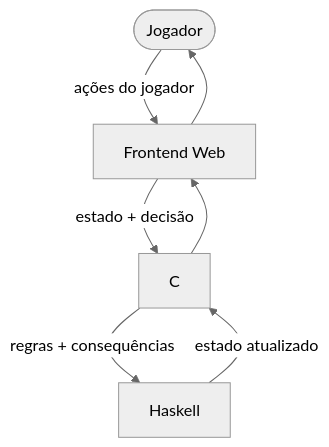
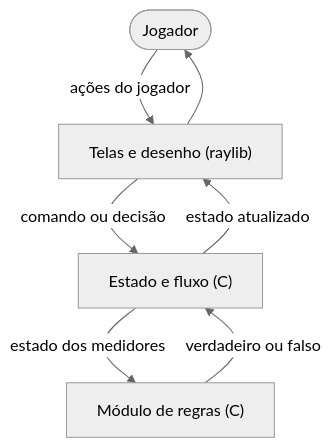
The fifth of 8 diagrams in Documentação/requisitos-modelagem-arquitetura.md (cms7-bot/else), drawn with Mermaid (neutral theme) before and after one commit. The commit also changed other lines of this file and 4 other files, not shown here.

Commit message:
docs: remove Haskell da documentação (arquitetura só em C + raylib)

````diff
--- a/Documentação/requisitos-modelagem-arquitetura.md
+++ b/Documentação/requisitos-modelagem-arquitetura.md
@@ -413,9 +401,9 @@
 ```mermaid
 flowchart TD
-Jogador1(["Jogador"]) -->|"ações do jogador"| FE1["Frontend Web"]
-FE1 -->|"estado + decisão"| C1["C"]
-C1 -->|"regras + consequências"| H1["Haskell"]
-H1 -->|"estado atualizado"| C1
-C1 --> FE1
-FE1 --> Jogador1
+Jogador1(["Jogador"]) -->|"ações do jogador"| R1["Telas e desenho (raylib)"]
+R1 -->|"comando ou decisão"| C1["Estado e fluxo (C)"]
+C1 -->|"estado dos medidores"| M1["Módulo de regras (C)"]
+M1 -->|"verdadeiro ou falso"| C1
+C1 -->|"estado atualizado"| R1
+R1 --> Jogador1
 ```
````
